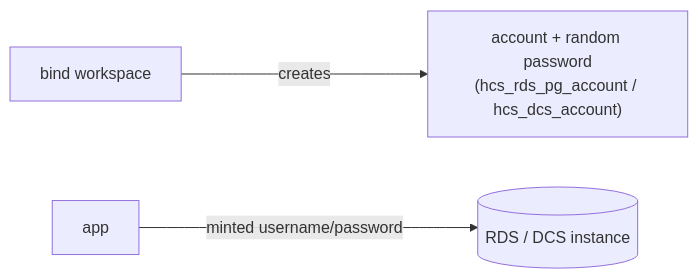
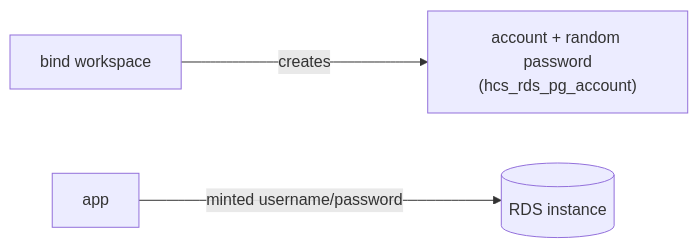
The third of 7 diagrams in docs/bind-model.md (alex-tw-lam/csb-brokerpak-hcs), drawn with Mermaid before and after one commit. The commit also changed other lines of this file and 40 other files, not shown here.

````diff
--- a/docs/bind-model.md
+++ b/docs/bind-model.md
@@ -51,5 +51,5 @@
 ```mermaid
 flowchart LR
-    B["bind workspace"] -->|creates| C["account + random password<br/>(hcs_rds_pg_account / hcs_dcs_account)"]
-    A["app"] -->|"minted username/password"| R[("RDS / DCS instance")]
+    B["bind workspace"] -->|creates| C["account + random password<br/>(hcs_rds_pg_account)"]
+    A["app"] -->|"minted username/password"| R[("RDS instance")]
 ```
````
